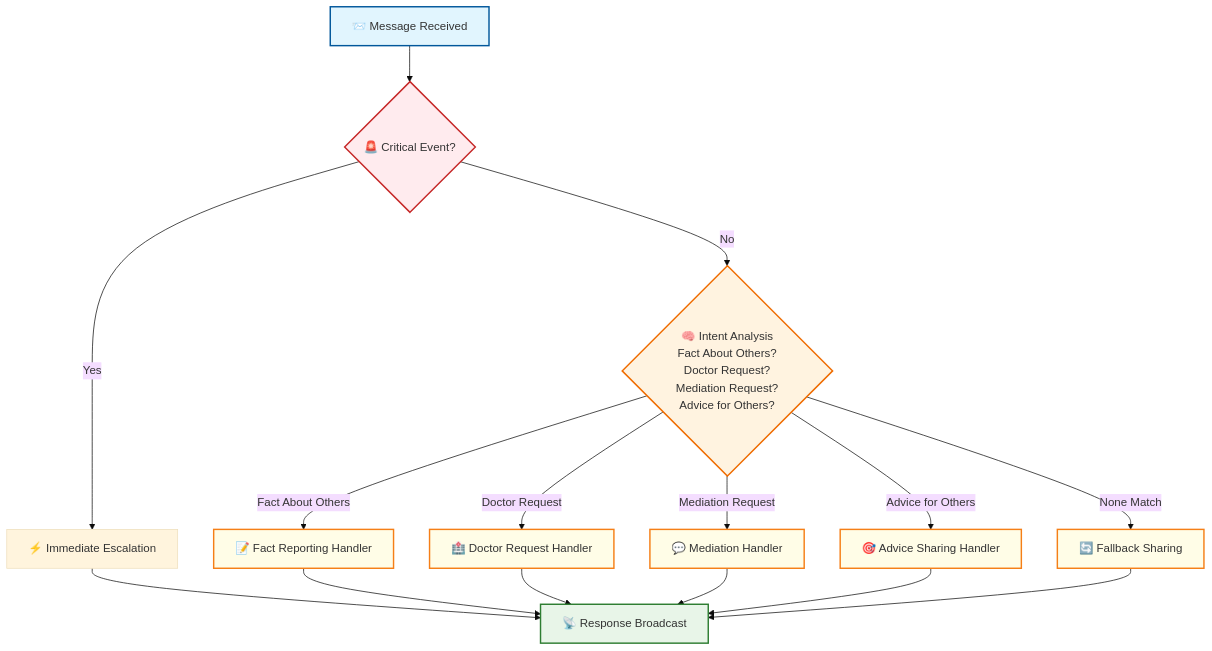
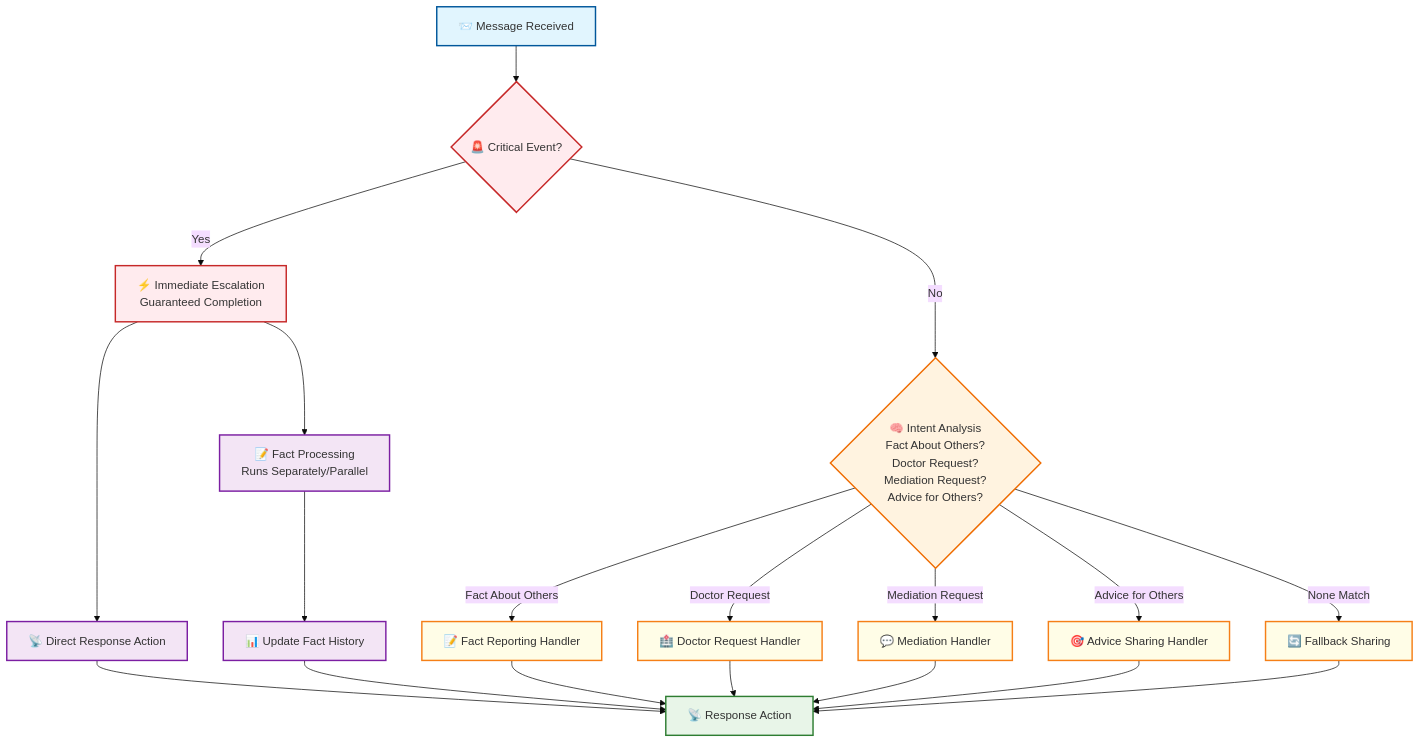
The seventh of 12 diagrams in documentation/agentic_framework.md (maniksejwal/Brainwasher), drawn with Mermaid (base theme) before and after one commit. The commit also changed other lines of this file, not shown here.

Commit message:
documentation update

````diff
--- a/documentation/agentic_framework.md
+++ b/documentation/agentic_framework.md
@@ -467,37 +468,45 @@
 ```mermaid
 graph TD
     %% Input (Blue)
     A[📨 Message Received] --> B{🚨 Critical Event?}
     
-    %% Critical Path (Red)
-    B -->|Yes| C[⚡ Immediate Escalation]
+    %% Critical Path (Red) - Direct and Reliable
+    B -->|Yes| C[⚡ Immediate Escalation<br/>Guaranteed Completion]
+    C --> D[📡 Direct Response Action]
     
-    %% Non-Critical Path (Orange) - Grouped Analysis
-    B -->|No| D{🧠 Intent Analysis<br/>Fact About Others?<br/>Doctor Request?<br/>Mediation Request?<br/>Advice for Others?}
-    D -->|Fact About Others| E[📝 Fact Reporting Handler]
-    D -->|Doctor Request| F[🏥 Doctor Request Handler]
-    D -->|Mediation Request| G[💬 Mediation Handler]
-    D -->|Advice for Others| H[🎯 Advice Sharing Handler]
-    D -->|None Match| I[🔄 Fallback Sharing]
+    %% Essential Processing (Purple) - Runs Separately
+    C --> E[📝 Fact Processing<br/>Runs Separately/Parallel]
+    E --> F[📊 Update Fact History]
+    
+    %% Non-Critical Path (Orange) - Complex Handler Analysis
+    B -->|No| G{🧠 Intent Analysis<br/>Fact About Others?<br/>Doctor Request?<br/>Mediation Request?<br/>Advice for Others?}
+    G -->|Fact About Others| H[📝 Fact Reporting Handler]
+    G -->|Doctor Request| I[🏥 Doctor Request Handler]
+    G -->|Mediation Request| J[💬 Mediation Handler]
+    G -->|Advice for Others| K[🎯 Advice Sharing Handler]
+    G -->|None Match| L[🔄 Fallback Sharing]
     
     %% All Paths Lead to Output (Green)
-    C --> J[📡 Response Broadcast]
-    E --> J
-    F --> J
-    G --> J
-    H --> J
-    I --> J
+    D --> M[📡 Response Action]
+    F --> M
+    H --> M
+    I --> M
+    J --> M
+    K --> M
+    L --> M
     
     %% Styling
     classDef input fill:#e1f5fe,stroke:#01579b,stroke-width:2px
     classDef critical fill:#ffebee,stroke:#c62828,stroke-width:2px
+    classDef essential fill:#f3e5f5,stroke:#7b1fa2,stroke-width:2px
     classDef analysis fill:#fff3e0,stroke:#ef6c00,stroke-width:2px
     classDef handler fill:#fffde7,stroke:#f57f17,stroke-width:2px
     classDef output fill:#e8f5e8,stroke:#2e7d32,stroke-width:2px
     
     class A input
-    class B critical
-    class D analysis
-    class E,F,G,H,I handler
-    class J output
+    class B,C critical
+    class D,E,F essential
+    class G analysis
+    class H,I,J,K,L handler
+    class M output
 ```
````
